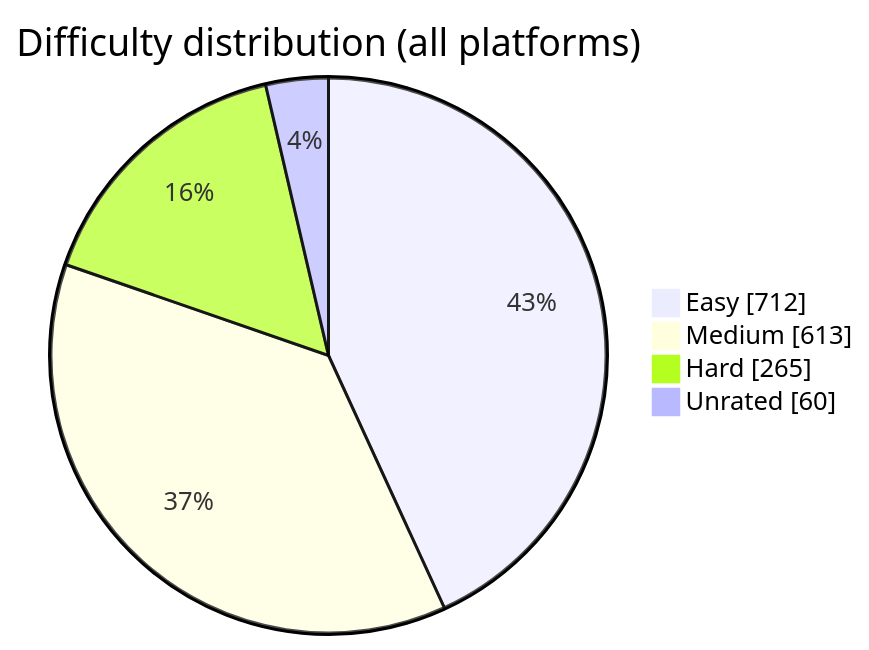
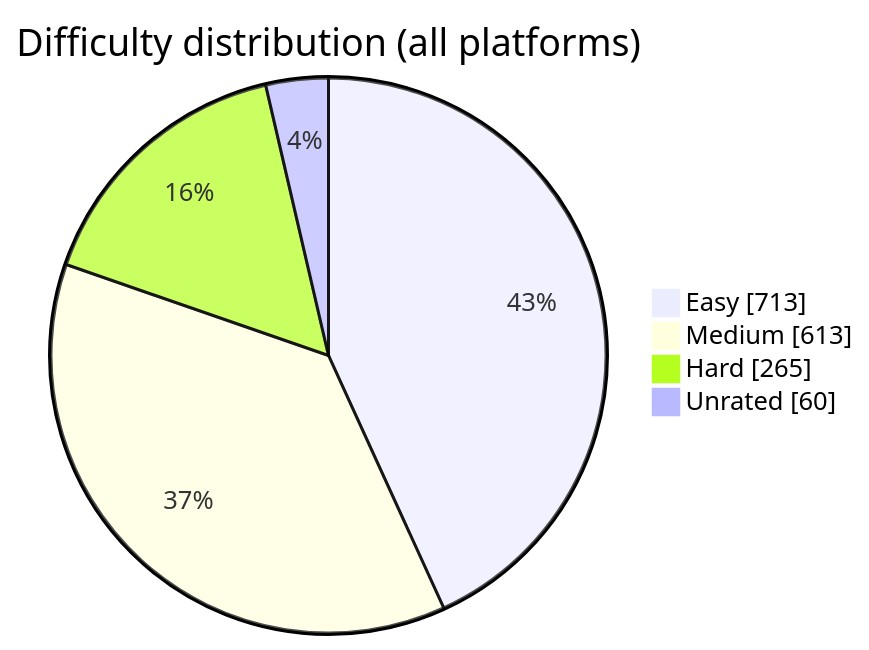
The diagram in README.md (BuildbyArindam/Daily-Coding-Log), drawn with Mermaid before and after one commit. The commit also changed other lines of this file, not shown here.

````diff
--- a/README.md
+++ b/README.md
@@ -93,7 +93,7 @@
 ```mermaid
 pie showData title Difficulty distribution (all platforms)
-    "Easy" : 712
+    "Easy" : 713
     "Medium" : 613
     "Hard" : 265
     "Unrated" : 60
 ```
````
